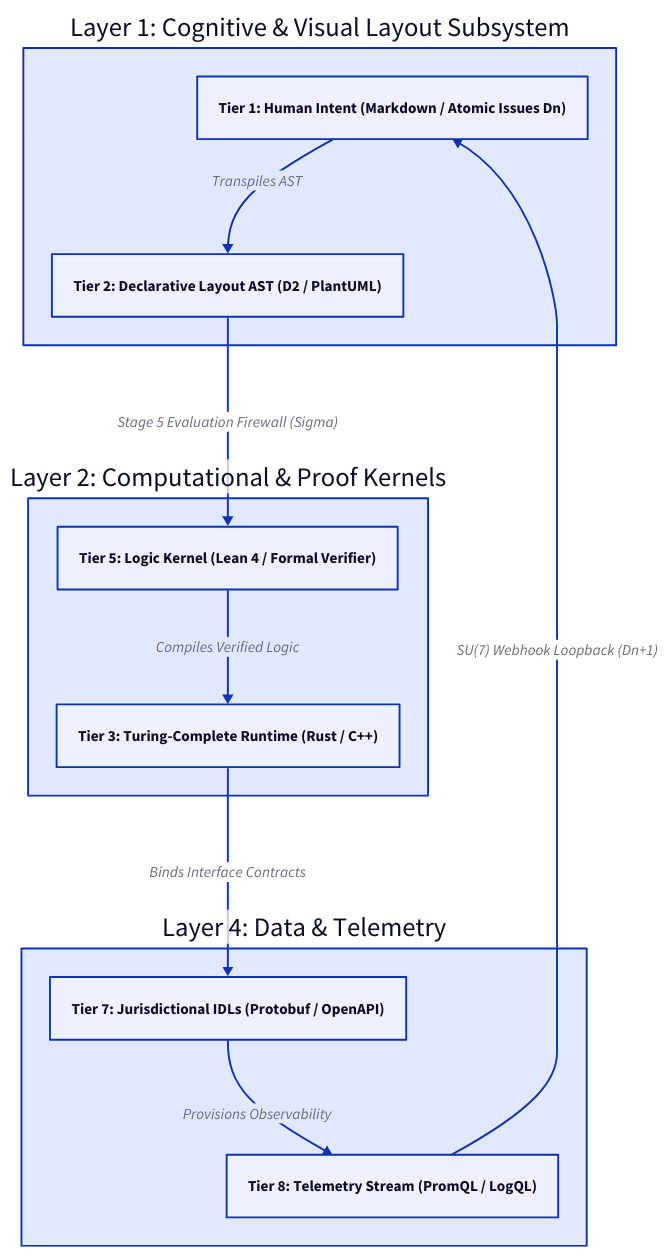
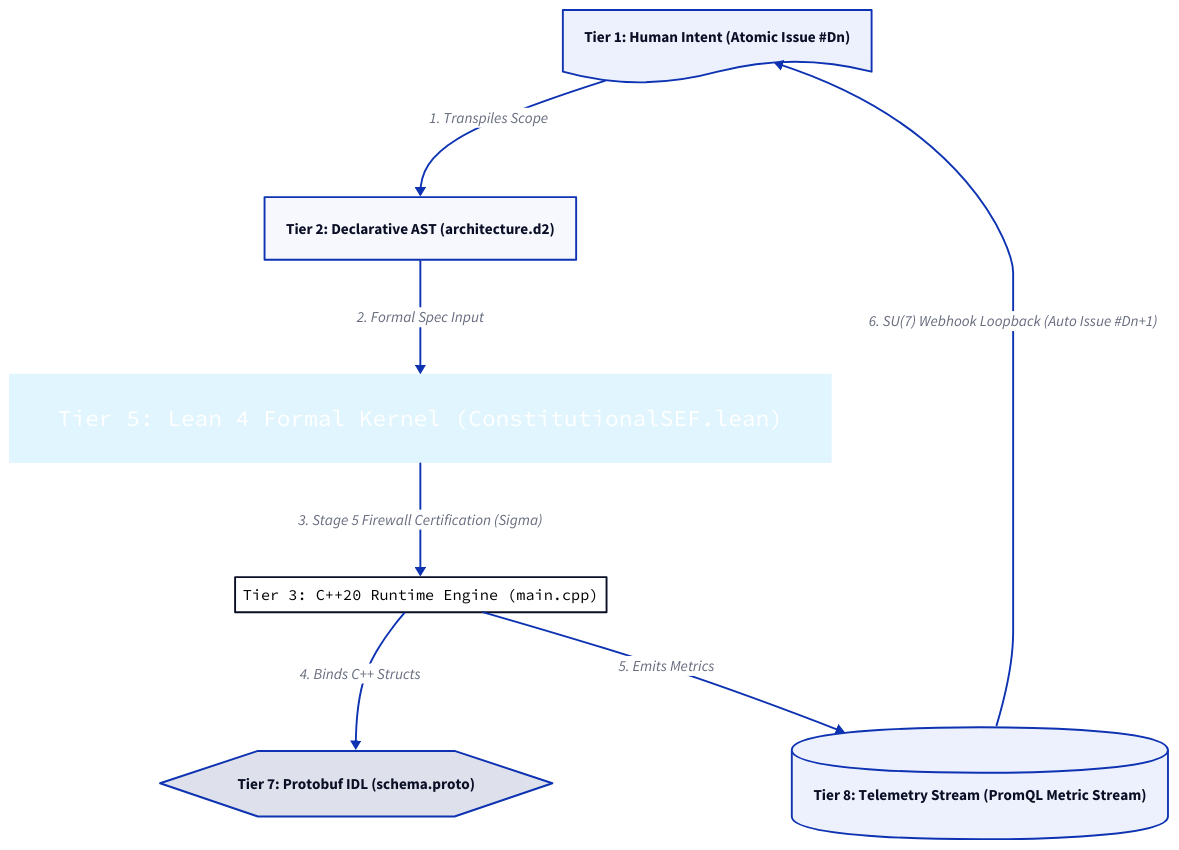
Before and after one commit to Syntra-Tutor/.github: the diagram in diagrams/architecture.d2, drawn with D2.

```diff
--- a/diagrams/architecture.d2
+++ b/diagrams/architecture.d2
@@ -1,23 +1,33 @@
 direction: down
 
-layer1: "Layer 1: Cognitive & Visual Layout Subsystem" {
-  t1: "Tier 1: Human Intent (Markdown / Atomic Issues Dn)"
-  t2: "Tier 2: Declarative Layout AST (D2 / PlantUML)"
-  t1 -> t2: "Transpiles AST"
+tier1: "Tier 1: Human Intent (Atomic Issue #Dn)" {
+  shape: document
 }
 
-layer2: "Layer 2: Computational & Proof Kernels" {
-  t5: "Tier 5: Logic Kernel (Lean 4 / Formal Verifier)"
-  t3: "Tier 3: Turing-Complete Runtime (Rust / C++)"
-  t5 -> t3: "Compiles Verified Logic"
+tier2: "Tier 2: Declarative AST (architecture.d2)" {
+  shape: rectangle
 }
 
-layer3: "Layer 4: Data & Telemetry" {
-  t7: "Tier 7: Jurisdictional IDLs (Protobuf / OpenAPI)"
-  t8: "Tier 8: Telemetry Stream (PromQL / LogQL)"
-  t7 -> t8: "Provisions Observability"
+tier5: "Tier 5: Lean 4 Formal Kernel (ConstitutionalSEF.lean)" {
+  shape: class
+  style.fill: "#e1f5fe"
 }
 
-layer1.t2 -> layer2.t5: "Stage 5 Evaluation Firewall (Sigma)"
-layer2.t3 -> layer3.t7: "Binds Interface Contracts"
-layer3.t8 -> layer1.t1: "SU(7) Webhook Loopback (Dn+1)"
+tier3: "Tier 3: C++20 Runtime Engine (main.cpp)" {
+  shape: code
+}
+
+tier7: "Tier 7: Protobuf IDL (schema.proto)" {
+  shape: hexagon
+}
+
+tier8: "Tier 8: Telemetry Stream (PromQL Metric Stream)" {
+  shape: cylinder
+}
+
+tier1 -> tier2: "1. Transpiles Scope"
+tier2 -> tier5: "2. Formal Spec Input"
+tier5 -> tier3: "3. Stage 5 Firewall Certification (Sigma)"
+tier3 -> tier7: "4. Binds C++ Structs"
+tier3 -> tier8: "5. Emits Metrics"
+tier8 -> tier1: "6. SU(7) Webhook Loopback (Auto Issue #Dn+1)"
```
